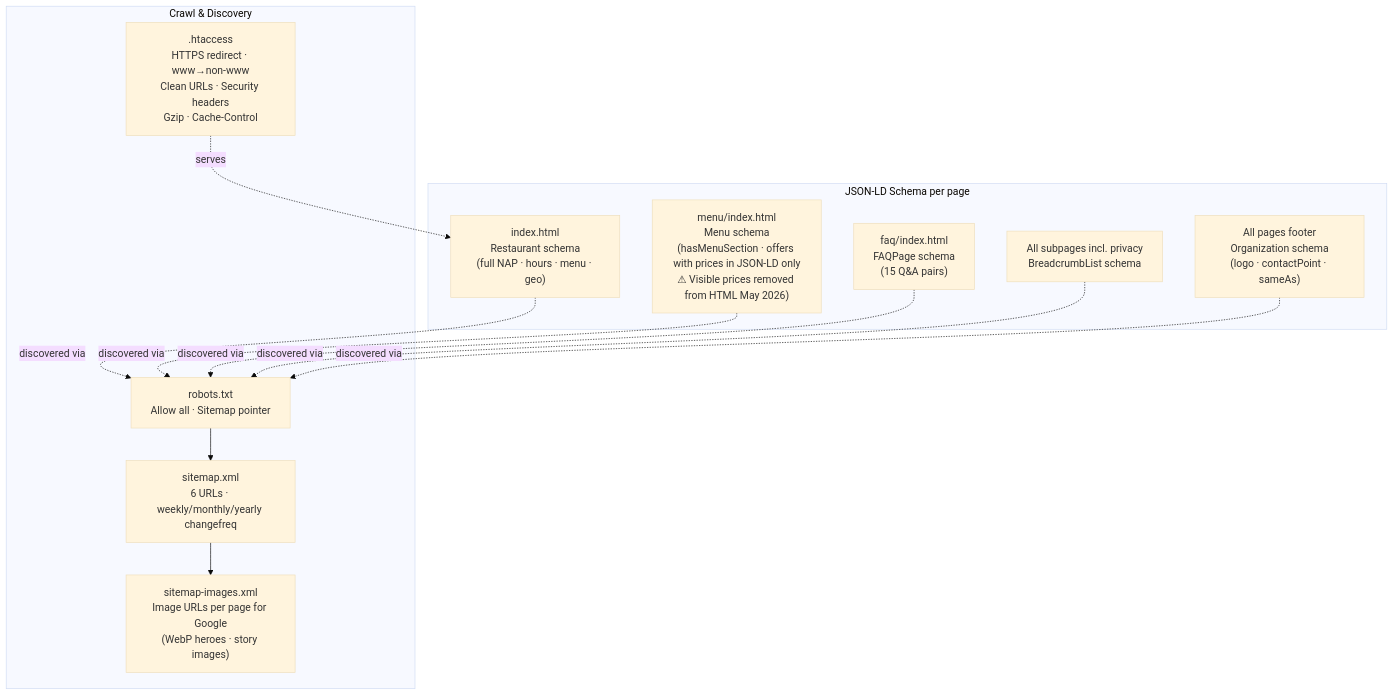
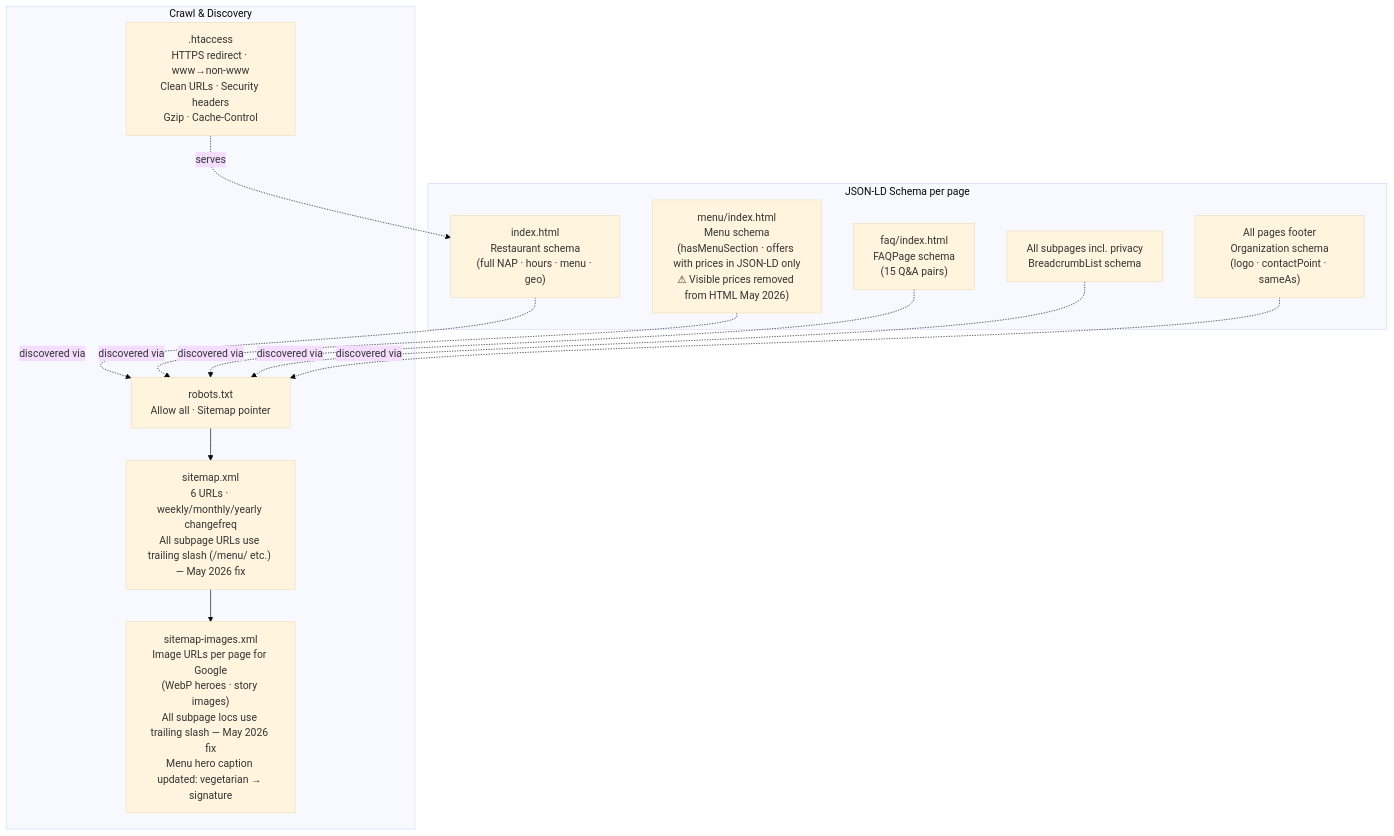
The sixth of 7 diagrams in SITEMAP.md (mahesh9403/Cafe-110-v2), drawn with Mermaid (base theme) before and after one commit. The commit also changed other lines of this file and 2 other files, not shown here.

Commit message:
fix: add trailing slashes to sitemap URLs to resolve GSC redirect error
Apache's !-d rewrite condition skips the clean-URL rule for real
directories, so /menu, /visit etc. get a 301 to /menu/ before serving
content. Sitemap now lists canonical trailing-slash URLs directly,
eliminating the redirect hop that caused the GSC "Redirect error".

Also fixes stale 'vegetarian dishes' caption on menu hero in
sitemap-images.xml (copy from before May 23 branding change).

````diff
--- a/SITEMAP.md
+++ b/SITEMAP.md
@@ -265,21 +265,21 @@
 ```mermaid
 graph TD
     subgraph SCHEMA["JSON-LD Schema per page"]
         SC1["index.html\nRestaurant schema\n(full NAP · hours · menu · geo)"]
         SC2["menu/index.html\nMenu schema\n(hasMenuSection · offers with prices in JSON-LD only\n⚠ Visible prices removed from HTML May 2026)"]
         SC3["faq/index.html\nFAQPage schema\n(15 Q&A pairs)"]
         SC4["All subpages incl. privacy\nBreadcrumbList schema"]
         SC5["All pages footer\nOrganization schema\n(logo · contactPoint · sameAs)"]
     end
 
     subgraph CRAWL["Crawl & Discovery"]
         R["robots.txt\nAllow all · Sitemap pointer"]
-        SX["sitemap.xml\n6 URLs · weekly/monthly/yearly changefreq"]
-        SI["sitemap-images.xml\nImage URLs per page for Google\n(WebP heroes · story images)"]
+        SX["sitemap.xml\n6 URLs · weekly/monthly/yearly changefreq\nAll subpage URLs use trailing slash (/menu/ etc.) — May 2026 fix"]
+        SI["sitemap-images.xml\nImage URLs per page for Google\n(WebP heroes · story images)\nAll subpage locs use trailing slash — May 2026 fix\nMenu hero caption updated: vegetarian → signature"]
         HT[".htaccess\nHTTPS redirect · www→non-www\nClean URLs · Security headers\nGzip · Cache-Control"]
     end
 
     SC1 & SC2 & SC3 & SC4 & SC5 -.->|"discovered via"| R
     R --> SX --> SI
     HT -.->|"serves"| SC1
 ```
````
